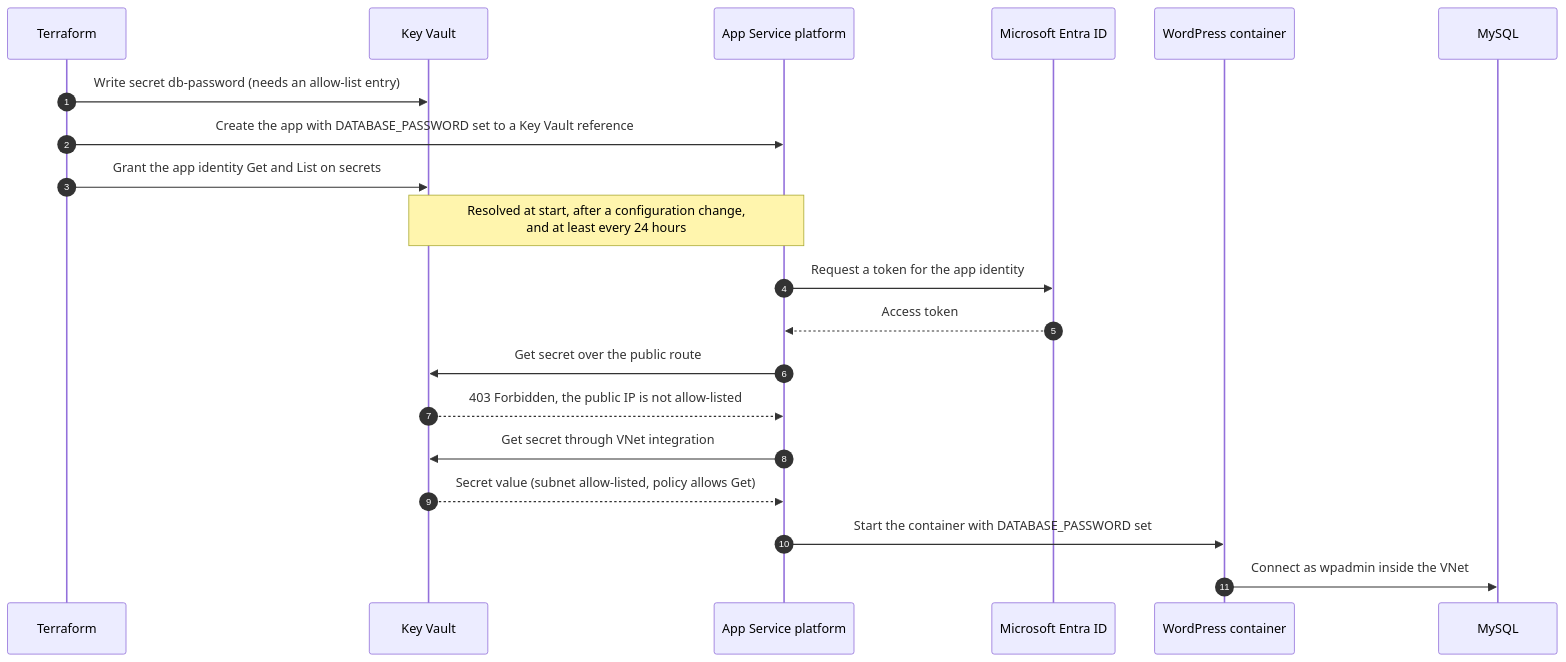
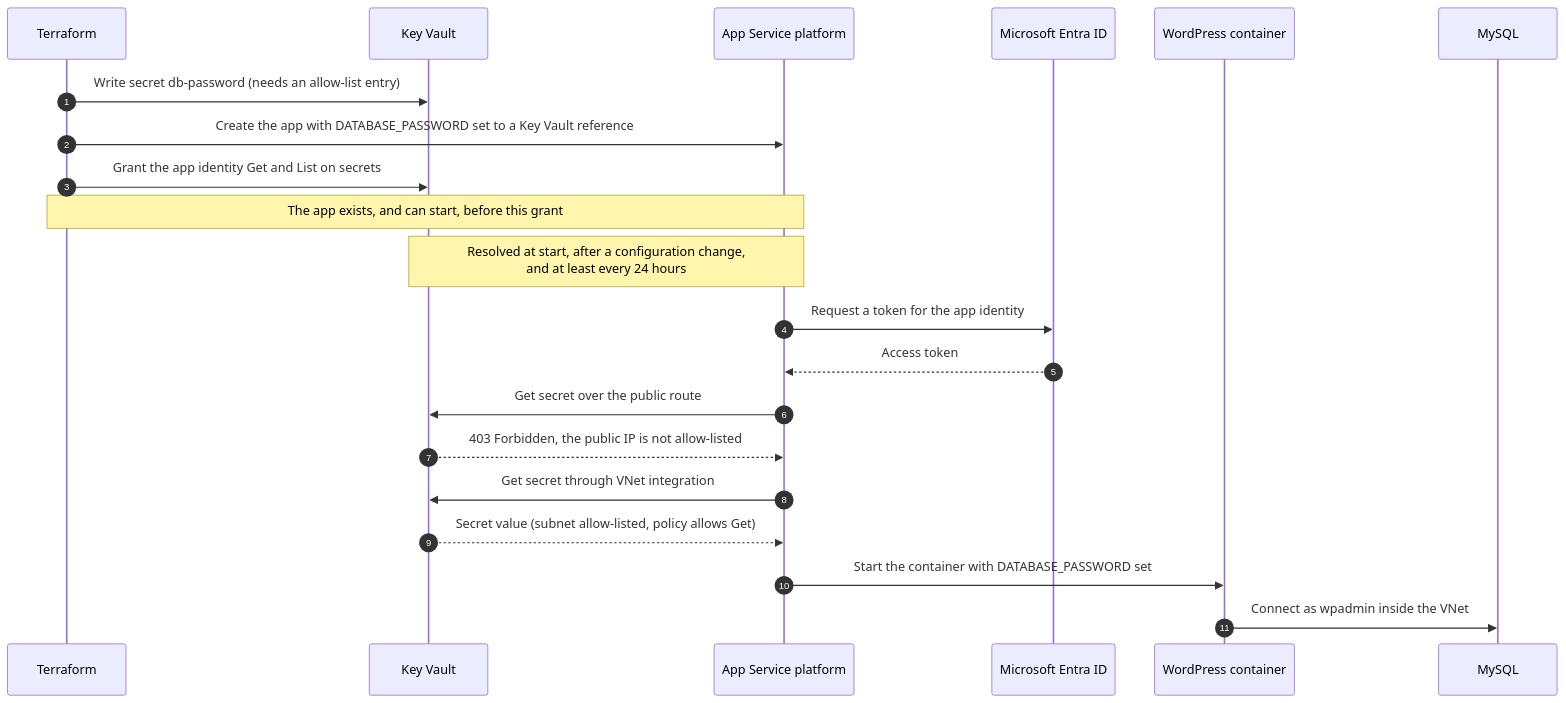
One commit to agenticcodingops/azure-wordpress changed the second of 2 diagrams in docs/security-model.md. Above: the diagram before and after it, drawn with Mermaid. The commit also changed other lines of this file and 2 other files, not shown here.

````diff
--- a/docs/security-model.md
+++ b/docs/security-model.md
@@ -281,23 +295,24 @@
 ```mermaid
 sequenceDiagram
     autonumber
     participant TF as Terraform
     participant KV as Key Vault
     participant AS as App Service platform
     participant ID as Microsoft Entra ID
     participant WP as WordPress container
     participant DB as MySQL
 
     TF->>KV: Write secret db-password (needs an allow-list entry)
     TF->>AS: Create the app with DATABASE_PASSWORD set to a Key Vault reference
     TF->>KV: Grant the app identity Get and List on secrets
+    Note over TF,AS: The app exists, and can start, before this grant
     Note over AS,KV: Resolved at start, after a configuration change,<br/>and at least every 24 hours
     AS->>ID: Request a token for the app identity
     ID-->>AS: Access token
     AS->>KV: Get secret over the public route
     KV-->>AS: 403 Forbidden, the public IP is not allow-listed
     AS->>KV: Get secret through VNet integration
     KV-->>AS: Secret value (subnet allow-listed, policy allows Get)
     AS->>WP: Start the container with DATABASE_PASSWORD set
     WP->>DB: Connect as wpadmin inside the VNet
 ```
````
